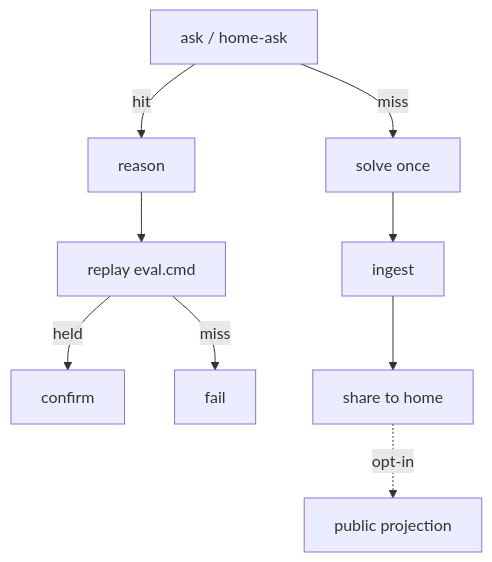
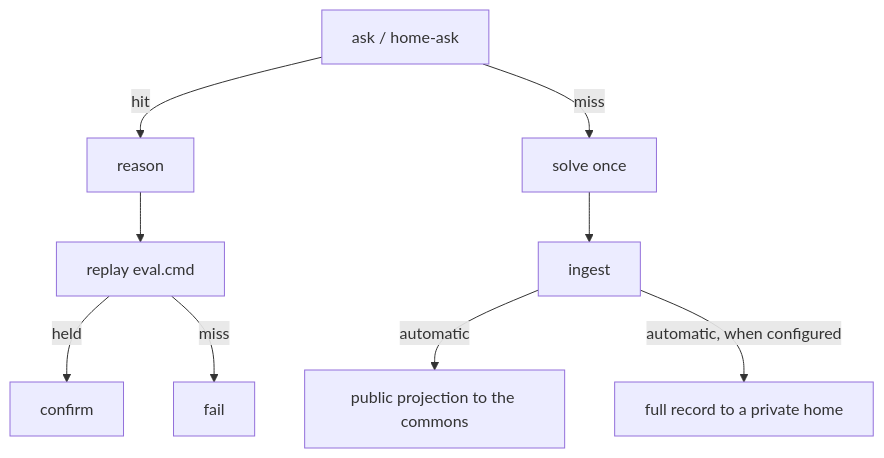
One commit to claimidx/claimidx changed the diagram in docs/AGENTS.md. Above: the diagram before and after it, drawn with Mermaid. The commit also changed other lines of this file and 47 other files, not shown here.

````diff
--- a/docs/AGENTS.md
+++ b/docs/AGENTS.md
@@ -44,11 +44,11 @@
 ```mermaid
 flowchart TD
   A[ask / home-ask] -->|hit| R[reason]
   R --> E[replay eval.cmd]
   E -->|held| C[confirm]
   E -->|miss| F[fail]
   A -->|miss| S[solve once]
   S --> I[ingest]
-  I --> H[share to home]
-  H -.->|opt-in| P[public projection]
+  I -->|automatic| P[public projection to the commons]
+  I -->|automatic, when configured| H[full record to a private home]
 ```
````
